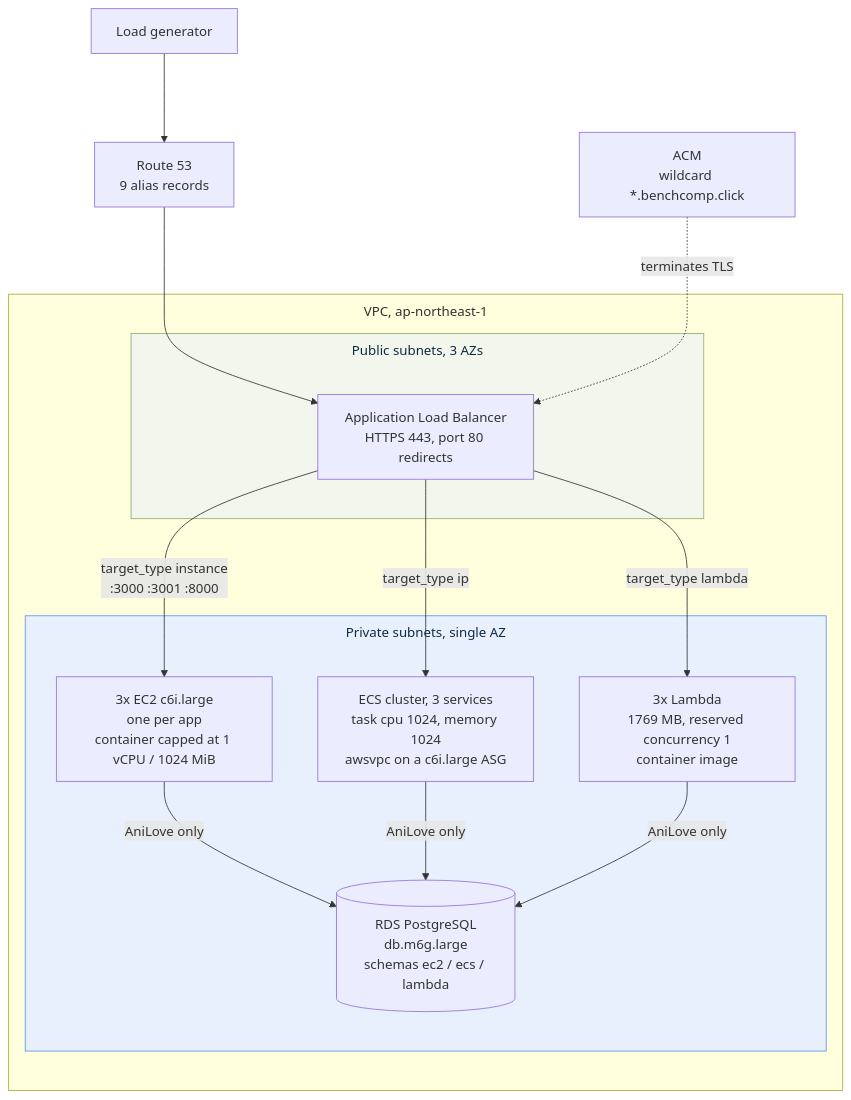
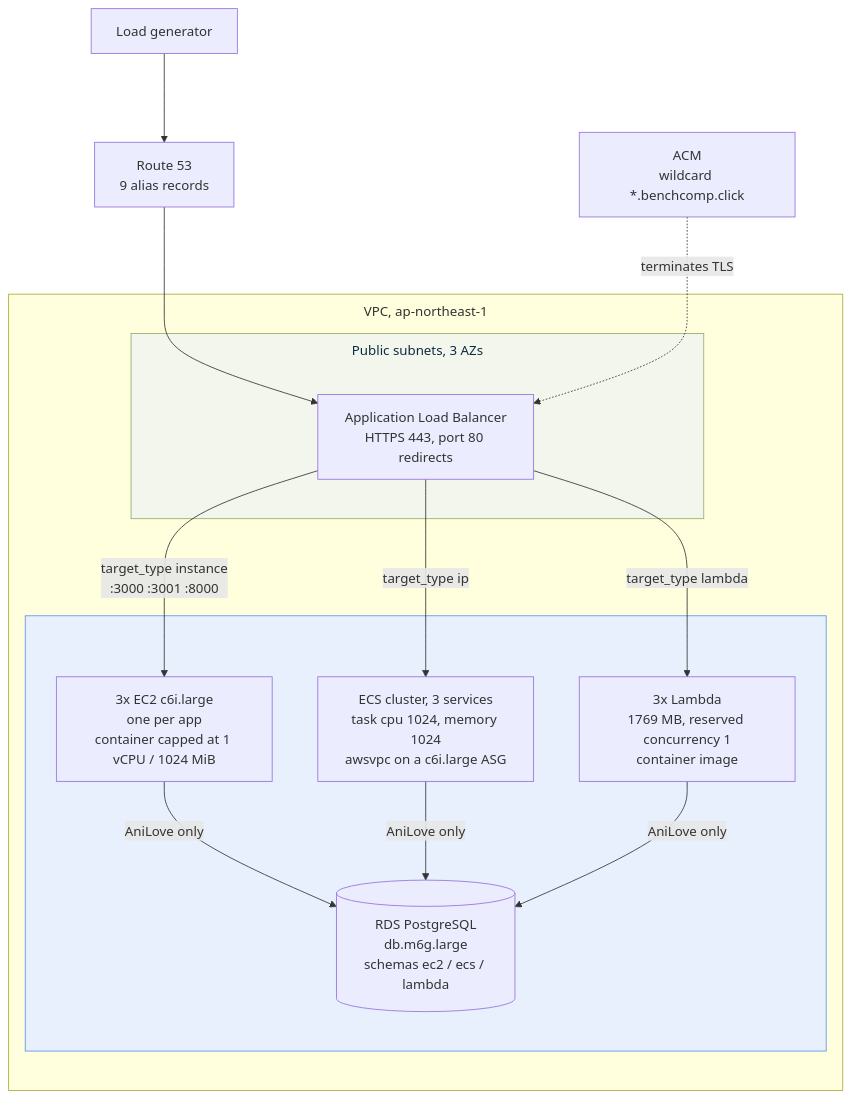
Before and after one commit to panpanpurin/aws-performance-benchmark: the diagram in README.md, drawn with Mermaid. The commit also changed other lines of this file and 1 other file, not shown here.

Commit message:
Move the private subnet label out of the diagram into a caption

````diff
--- a/README.md
+++ b/README.md
@@ -28,32 +28,32 @@
 ```mermaid
 %%{init: {"flowchart": {"rankSpacing": 95, "nodeSpacing": 55, "subGraphTitleMargin": {"top": 8, "bottom": 18}}}}%%
 flowchart TB
   CLIENT["Load generator"]
   R53["Route 53<br/>9 alias records"]
   ACM["ACM<br/>wildcard *.benchcomp.click"]
 
   subgraph VPC["VPC, ap-northeast-1"]
     subgraph PUB["Public subnets, 3 AZs"]
       ALB["Application Load Balancer<br/>HTTPS 443, port 80 redirects"]
     end
 
-    subgraph PRIV["Private subnets, single AZ"]
+    subgraph PRIV[" "]
       EC2["3x EC2 c6i.large<br/>one per app<br/>container capped at 1 vCPU / 1024 MiB"]
       ECS["ECS cluster, 3 services<br/>task cpu 1024, memory 1024<br/>awsvpc on a c6i.large ASG"]
       LAM["3x Lambda<br/>1769 MB, reserved concurrency 1<br/>container image"]
       RDS[("RDS PostgreSQL<br/>db.m6g.large<br/>schemas ec2 / ecs / lambda")]
     end
   end
 
   CLIENT --> R53 --> ALB
   ACM -. terminates TLS .-> ALB
   ALB -- "target_type instance<br/>:3000 :3001 :8000" --> EC2
   ALB -- "target_type ip" --> ECS
   ALB -- "target_type lambda" --> LAM
   EC2 -- "AniLove only" --> RDS
   ECS -- "AniLove only" --> RDS
   LAM -- "AniLove only" --> RDS
 
   style PRIV fill:#e8f0fe,stroke:#5b8def,color:#102a43
   style PUB fill:#f2f6ec,stroke:#8fae6a,color:#102a43
 ```
````
